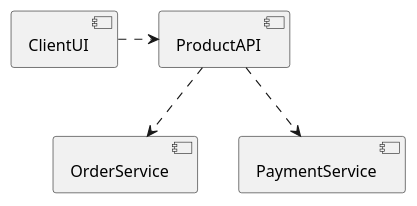
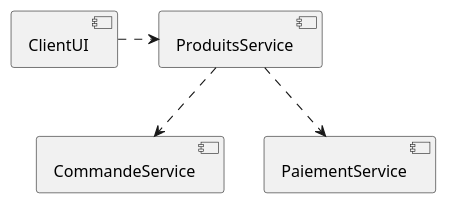
Before and after one commit to gigl-uml/Guide_uml_polymtl: the diagram in plant_uml/représentationComponentDiagram.plantuml, drawn with PlantUML. The commit also changed 10 other files, not shown here.

```diff
--- a/plant_uml/représentationComponentDiagram.plantuml
+++ b/plant_uml/représentationComponentDiagram.plantuml
@@ -1,10 +1,10 @@
 @startuml
 skinparam backgroundcolor transparent
 [ClientUI]
-[ProductAPI] as Comp2
-component OrderService
-component [PaymentService] as Comp4
+[ProduitsService] as Comp2
+component CommandeService
+component [PaiementService] as Comp4
 ClientUI .> Comp2
-Comp2 ..> OrderService
+Comp2 ..> CommandeService
 Comp2 ..> Comp4
 @enduml
```
